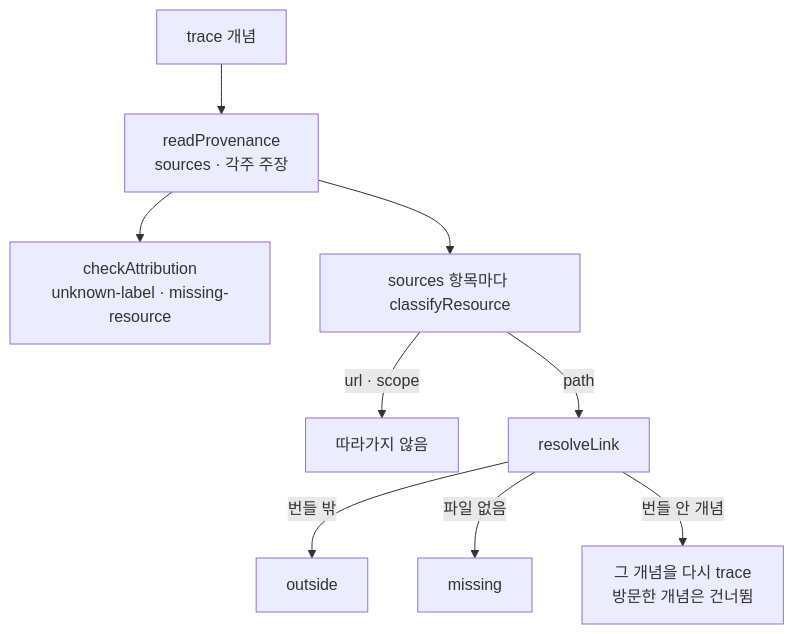
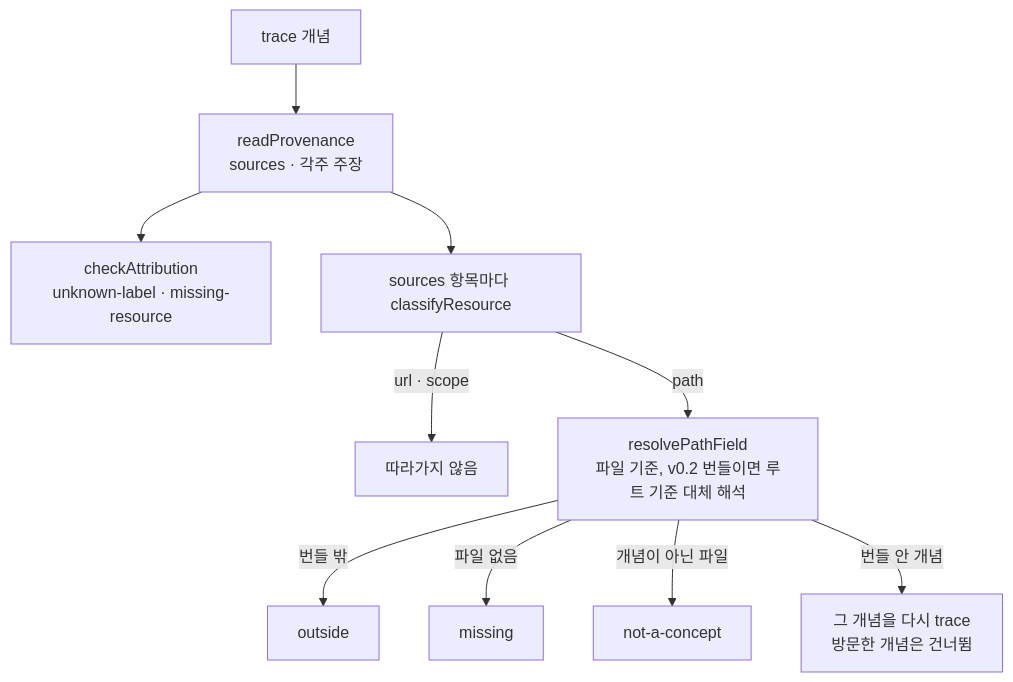
Before and after one commit to Junyong34/okf-playbook: the seventh of 8 diagrams in docs/okf-modules.md, drawn with Mermaid. The commit also changed other lines of this file and 23 other files, not shown here.

````diff
--- a/docs/okf-modules.md
+++ b/docs/okf-modules.md
@@ -162,11 +165,12 @@
 ```mermaid
 flowchart TB
   t[trace 개념] --> rp[readProvenance<br/>sources · 각주 주장]
   rp --> ca[checkAttribution<br/>unknown-label · missing-resource]
   rp --> each[sources 항목마다 classifyResource]
   each -->|url · scope| stop[따라가지 않음]
-  each -->|path| rl[resolveLink]
+  each -->|path| rl[resolvePathField<br/>파일 기준, v0.2 번들이면 루트 기준 대체 해석]
   rl -->|번들 밖| out1[outside]
   rl -->|파일 없음| out2[missing]
+  rl -->|개념이 아닌 파일| out3[not-a-concept]
   rl -->|번들 안 개념| rec[그 개념을 다시 trace<br/>방문한 개념은 건너뜀]
 ```
````
